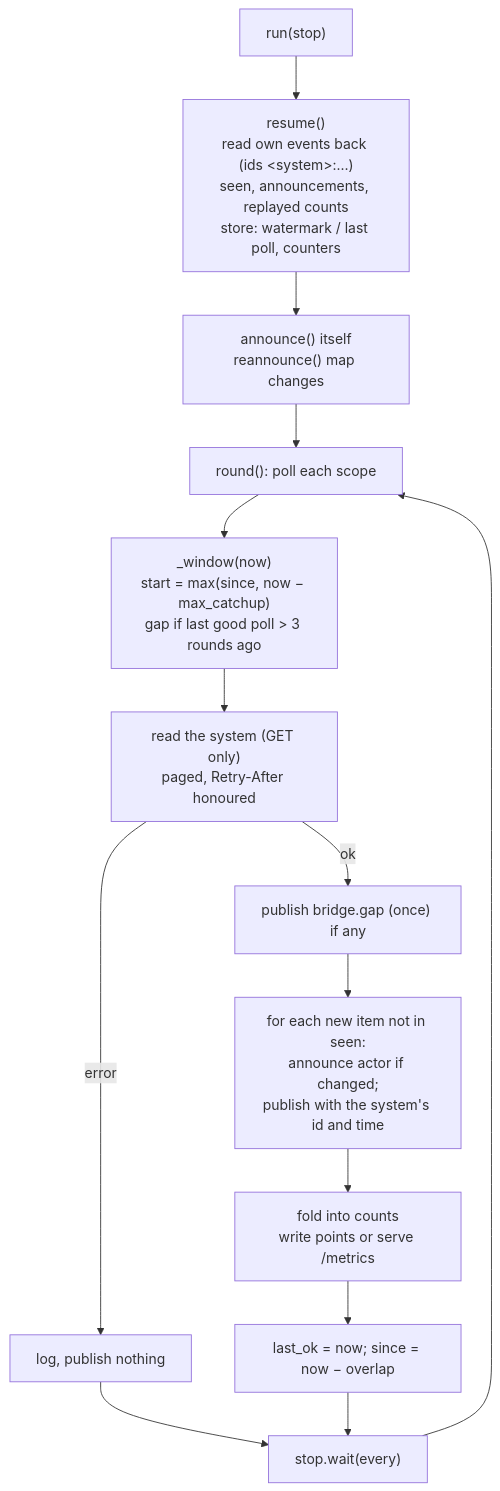
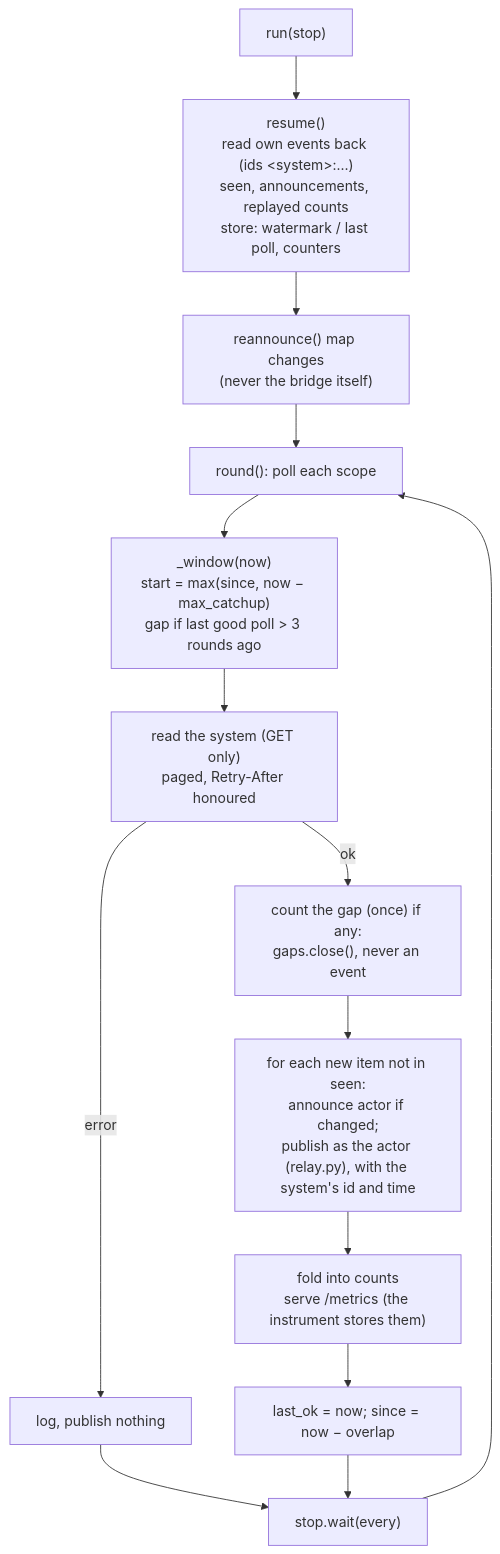
The fifth of 8 diagrams in ARCHITECTURE.md (danroblewis/orchestra-bridges), drawn with Mermaid before and after one commit. The commit also changed other lines of this file and 3 other files, not shown here.

````diff
--- a/ARCHITECTURE.md
+++ b/ARCHITECTURE.md
@@ -1024,14 +1065,14 @@
 ```mermaid
 flowchart TB
     start["run(stop)"] --> res["resume()<br/>read own events back (ids #lt;system#gt;:…)<br/>seen, announcements, replayed counts<br/>store: watermark / last poll, counters"]
-    res --> ann["announce() itself<br/>reannounce() map changes"]
+    res --> ann["reannounce() map changes<br/>(never the bridge itself)"]
     ann --> round["round(): poll each scope"]
     round --> win["_window(now)<br/>start = max(since, now − max_catchup)<br/>gap if last good poll > 3 rounds ago"]
     win --> read["read the system (GET only)<br/>paged, Retry-After honoured"]
     read -- error --> logf["log, publish nothing"] --> wait
-    read -- ok --> gap["publish bridge.gap (once) if any"]
-    gap --> pub["for each new item not in seen:<br/>announce actor if changed;<br/>publish with the system's id and time"]
-    pub --> cnt["fold into counts<br/>write points or serve /metrics"]
+    read -- ok --> gap["count the gap (once) if any:<br/>gaps.close(), never an event"]
+    gap --> pub["for each new item not in seen:<br/>announce actor if changed;<br/>publish as the actor (relay.py), with the system's id and time"]
+    pub --> cnt["fold into counts<br/>serve /metrics (the instrument stores them)"]
     cnt --> adv["last_ok = now; since = now − overlap"]
     adv --> wait["stop.wait(every)"] --> round
 ```
````
